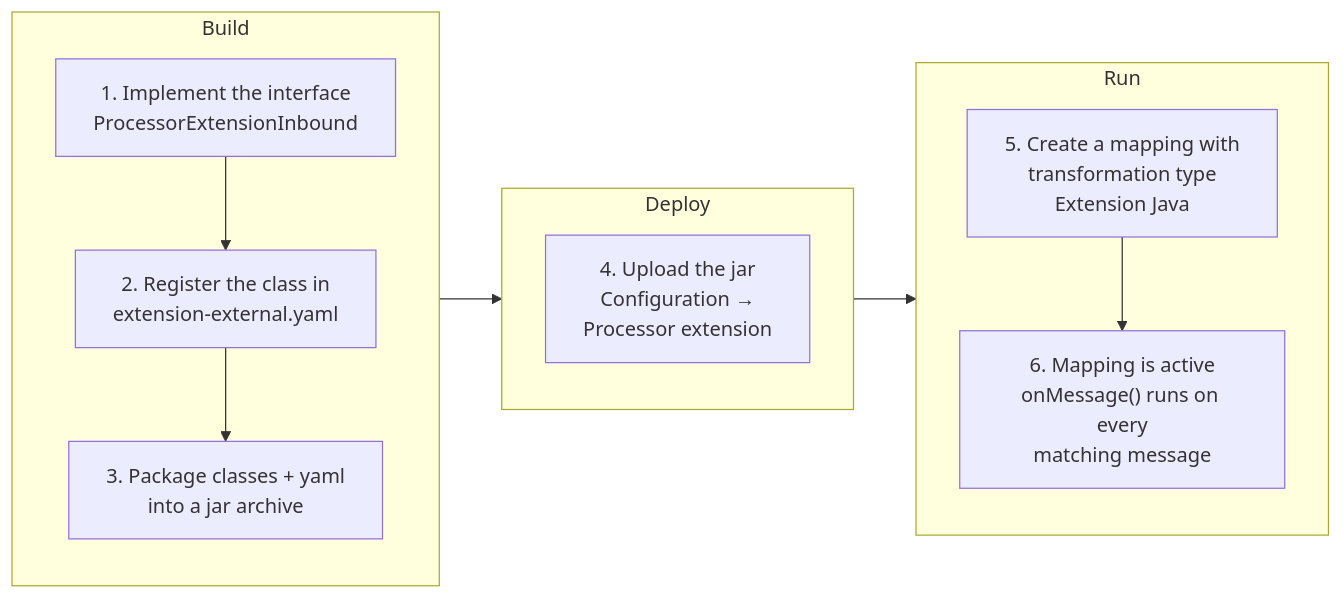
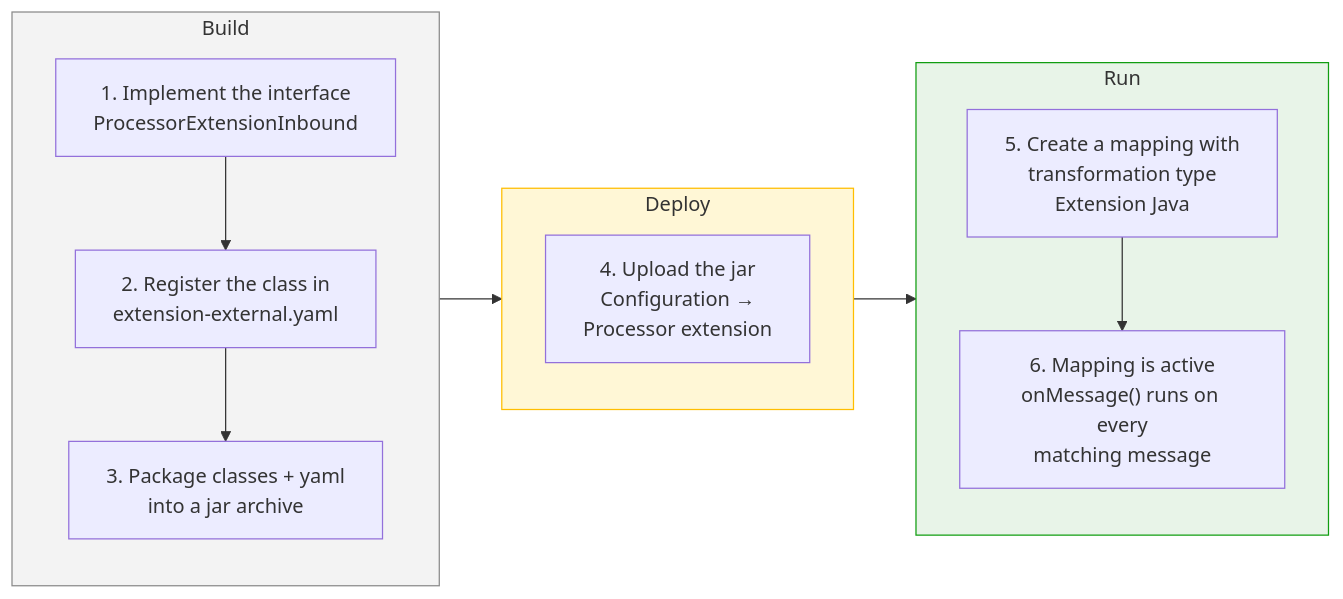
Before and after one commit to Cumulocity-IoT/cumulocity-dynamic-mapper: the diagram in dynamic-mapper-ui/public/docs/javaextension.md, drawn with Mermaid. The commit also changed 18 other files, not shown here.

Commit message:
color mermaid diagrams

````diff
--- a/dynamic-mapper-ui/public/docs/javaextension.md
+++ b/dynamic-mapper-ui/public/docs/javaextension.md
@@ -24,24 +24,28 @@
 ```mermaid
 flowchart LR
     subgraph build["Build"]
         direction TB
         s1["1. Implement the interface<br/>ProcessorExtensionInbound"]
         s2["2. Register the class in<br/>extension-external.yaml"]
         s3["3. Package classes + yaml<br/>into a jar archive"]
         s1 --> s2 --> s3
     end
 
     subgraph deploy["Deploy"]
         direction TB
         s4["4. Upload the jar<br/>Configuration &rarr;<br/>Processor extension"]
     end
 
     subgraph run["Run"]
         direction TB
         s5["5. Create a mapping with<br/>transformation type<br/>Extension Java"]
         s6["6. Mapping is active<br/>onMessage() runs on every<br/>matching message"]
         s5 --> s6
     end
 
     s3 --> s4 --> s5
+
+    style build fill:#f3f3f3,stroke:#8a8a8a
+    style deploy fill:#fff7d6,stroke:#FFBE00
+    style run fill:#e8f4e8,stroke:#119D11
 ```
````
